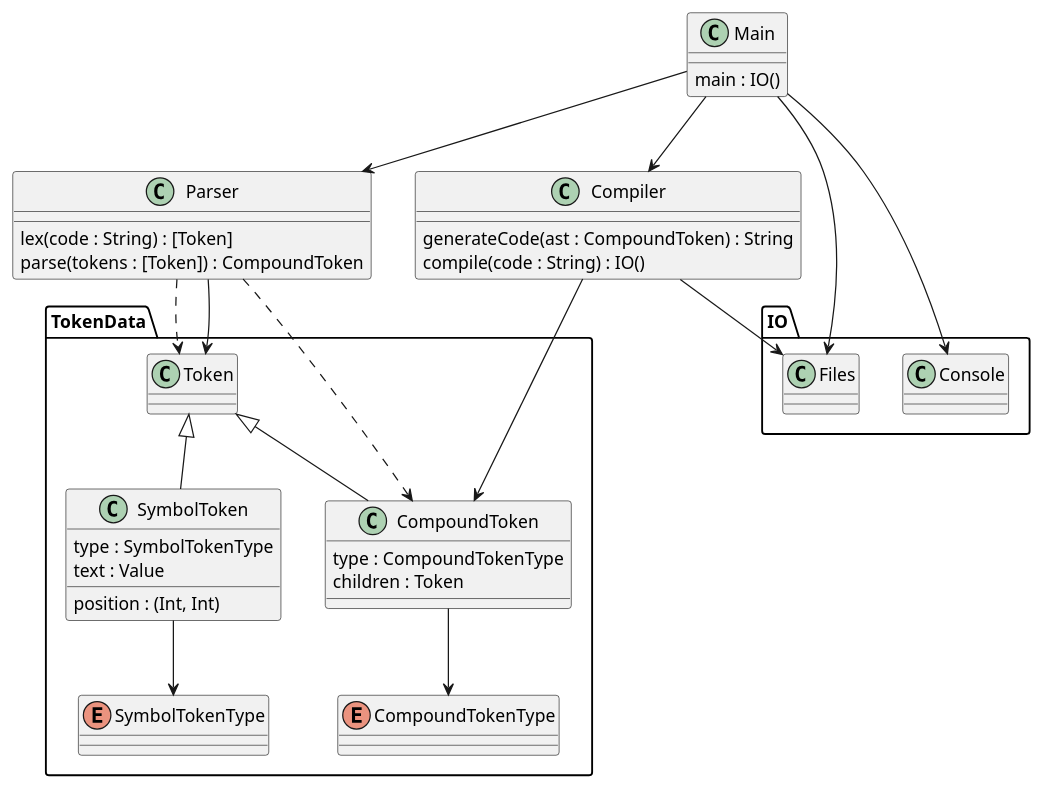
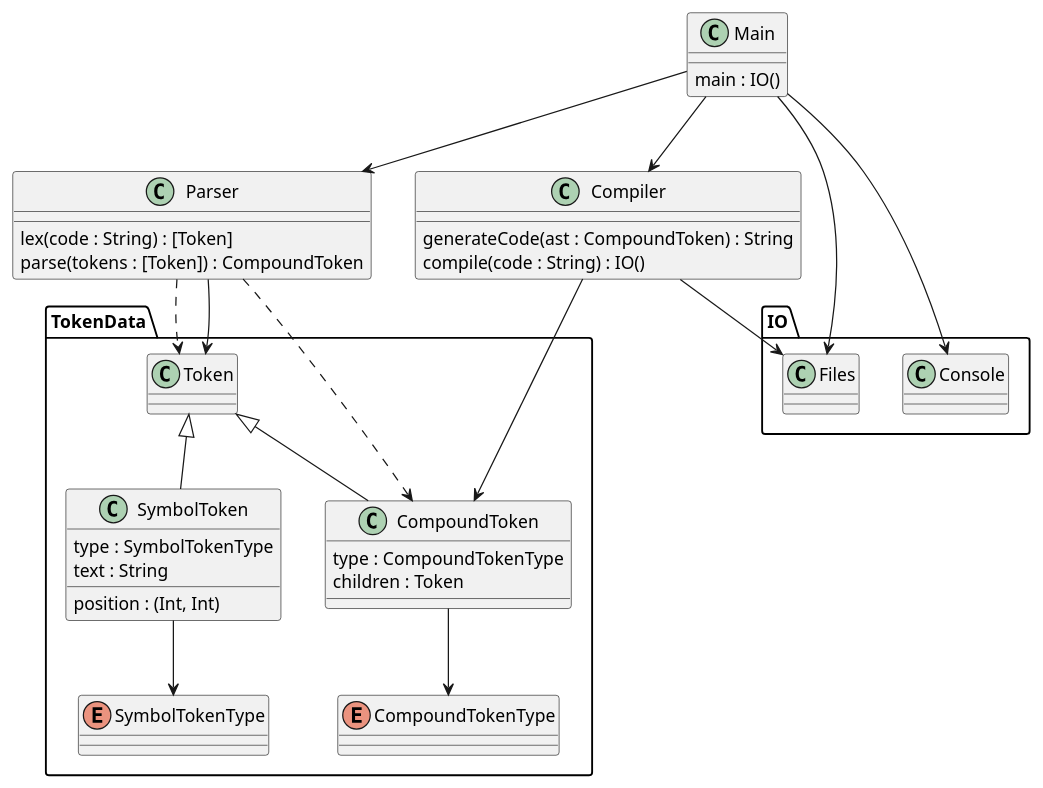
Before and after one commit to blueOkiris/kiss-lang: the diagram in docs/domain.plantuml, drawn with PlantUML. The commit also changed 2 other files, not shown here.

```diff
--- a/docs/domain.plantuml
+++ b/docs/domain.plantuml
@@ -1,56 +1,56 @@
 @startuml kiss-lang-domain
 
 namespace TokenData {
     class Token
     
     class SymbolToken {
         type : SymbolTokenType
-        text : Value
+        text : String
         position : (Int, Int)
     }
 
     class CompoundToken {
         type : CompoundTokenType
         children : Token
     }
     
     enum SymbolTokenType
     enum CompoundTokenType
     
     SymbolToken -u-|> Token
     CompoundToken -u-|> Token
     SymbolToken --> SymbolTokenType
     CompoundToken --> CompoundTokenType
 }
 
 class Parser {
     lex(code : String) : [Token]
     parse(tokens : [Token]) : CompoundToken
 }
 
 class Compiler {
     generateCode(ast : CompoundToken) : String
     compile(code : String) : IO()
 }
 
 namespace IO {
     class Files
     class Console
 }
 
 class Main {
     main : IO()
 }
 
 Compiler --> IO.Files
 Compiler --> TokenData.CompoundToken
 Parser ..> TokenData.Token
 Parser --> TokenData.Token
 Parser ..> TokenData.CompoundToken
 
 Main --> Compiler
 Main --> Parser
 Main --> IO.Files
 Main --> IO.Console
 
 @enduml
```
